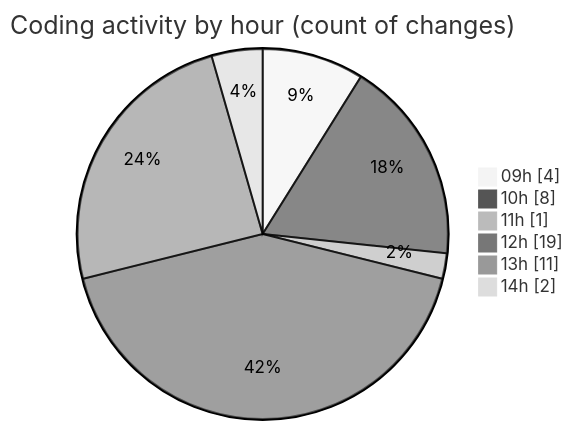
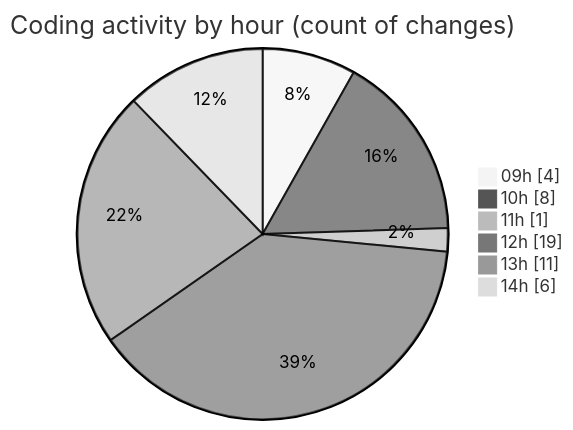
The second of 2 diagrams in 2026-02-18/nxtqube_webapp/README.md (nxtqubesakshisongat/code-tracking), drawn with Mermaid (neutral theme) before and after one commit. The commit also changed other lines of this file and 1 other file, not shown here.

````diff
--- a/2026-02-18/nxtqube_webapp/README.md
+++ b/2026-02-18/nxtqube_webapp/README.md
@@ -36,10 +36,10 @@
 ```mermaid
 pie showData
 title Coding activity by hour (count of changes)
 "09h" : 4
 "10h" : 8
 "11h" : 1
 "12h" : 19
 "13h" : 11
-"14h" : 2
+"14h" : 6
 ```
````
